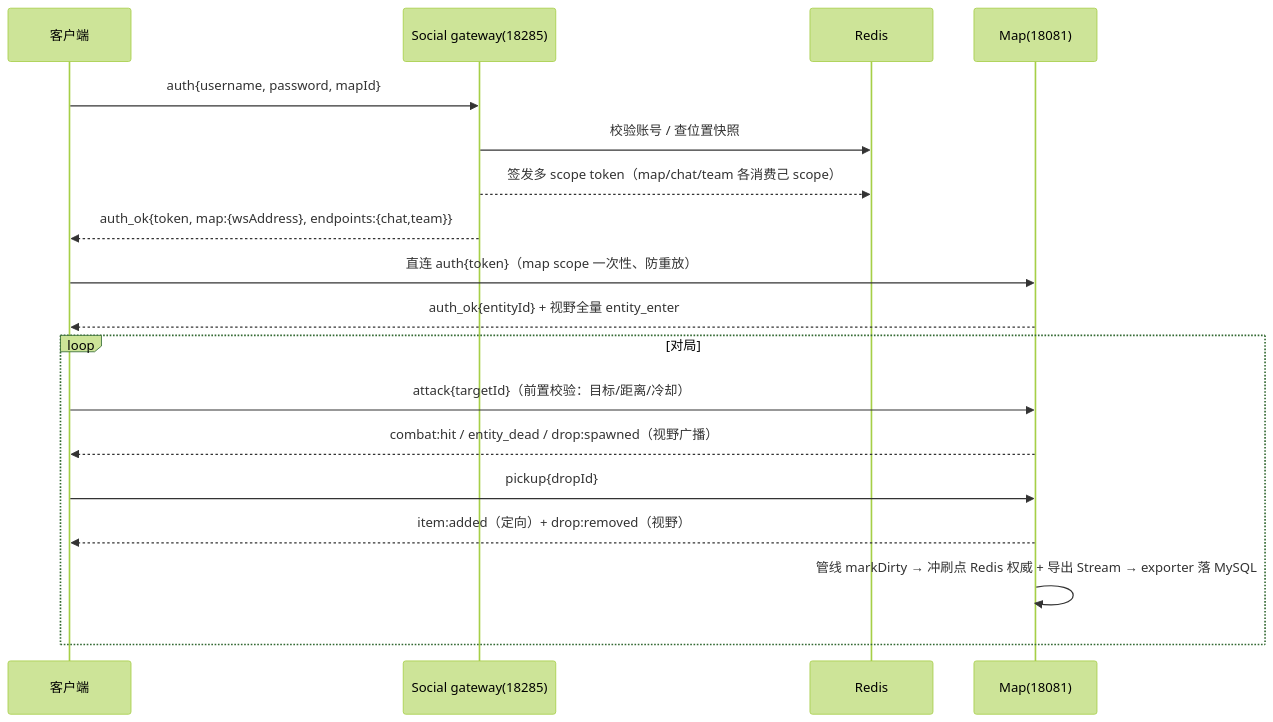
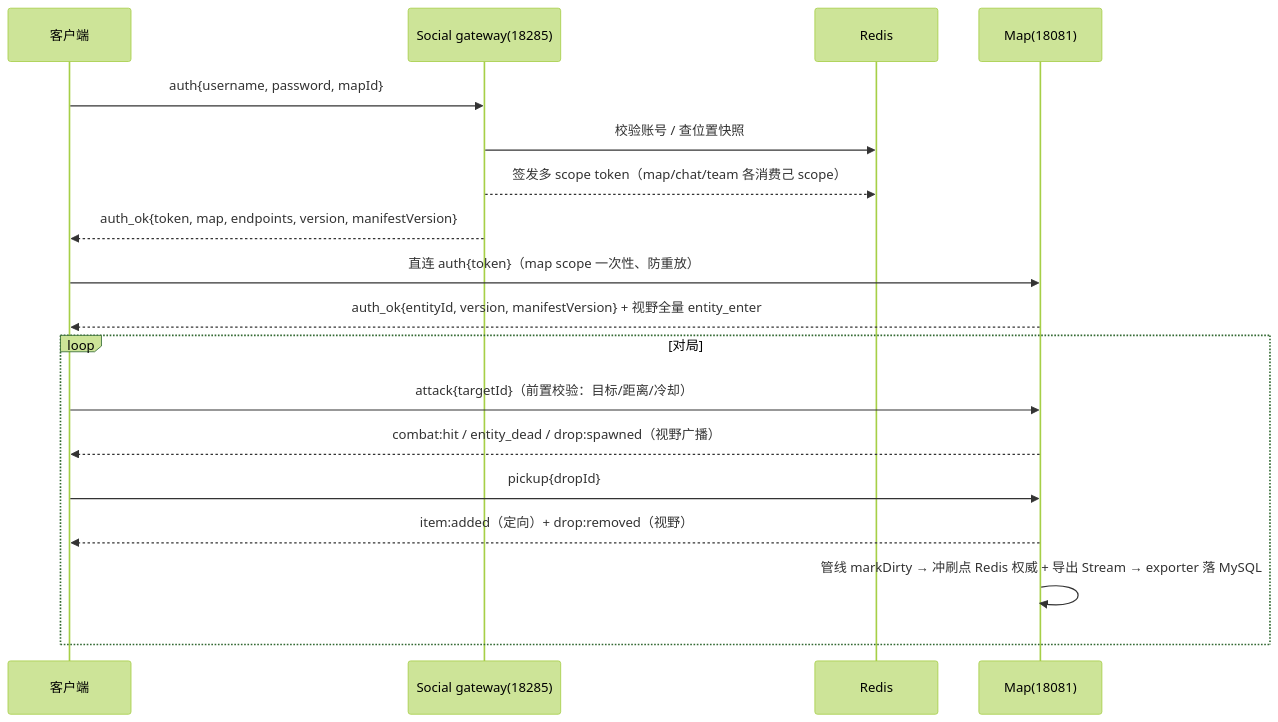
The third of 3 diagrams in docs/architecture.md (Nythros/Nythros), drawn with Mermaid (forest theme) before and after one commit. The commit also changed 5 other files, not shown here.

First line of the commit message:
docs+ref-client：v2 文档同步——unity-guide 线格式表/quick-start+architecture+mmorpg auth_ok 字段列举、clients/unity 参考实现升 v2（TYPE_CODE+MAGIC 0x02，顺带修 STRING 256→255 边界笔误）

````diff
--- a/docs/architecture.md
+++ b/docs/architecture.md
@@ -178,21 +178,21 @@
 ```mermaid
 sequenceDiagram
     participant C as 客户端
     participant GW as Social gateway(18285)
     participant R as Redis
     participant M as Map(18081)
 
     C->>GW: auth{username, password, mapId}
     GW->>R: 校验账号 / 查位置快照
     GW-->>R: 签发多 scope token（map/chat/team 各消费己 scope）
-    GW-->>C: auth_ok{token, map:{wsAddress}, endpoints:{chat,team}}
+    GW-->>C: auth_ok{token, map, endpoints, version, manifestVersion}
     C->>M: 直连 auth{token}（map scope 一次性、防重放）
-    M-->>C: auth_ok{entityId} + 视野全量 entity_enter
+    M-->>C: auth_ok{entityId, version, manifestVersion} + 视野全量 entity_enter
     loop 对局
         C->>M: attack{targetId}（前置校验：目标/距离/冷却）
         M-->>C: combat:hit / entity_dead / drop:spawned（视野广播）
         C->>M: pickup{dropId}
         M-->>C: item:added（定向）+ drop:removed（视野）
         M->>M: 管线 markDirty → 冲刷点 Redis 权威 + 导出 Stream → exporter 落 MySQL
     end
 ```
````
